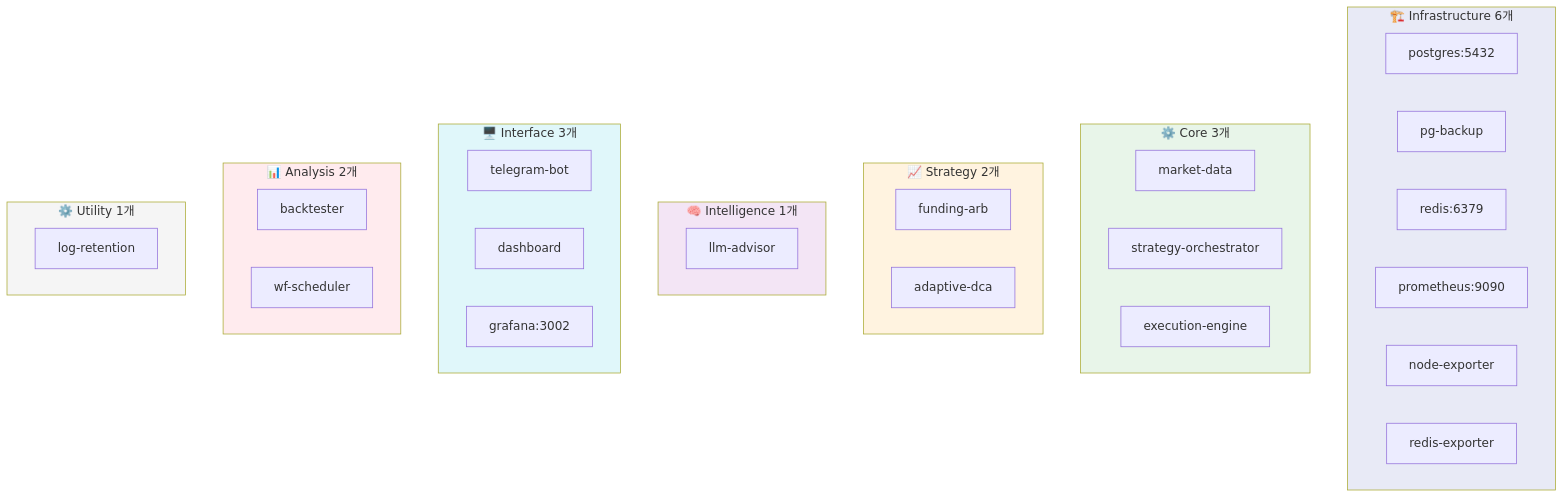
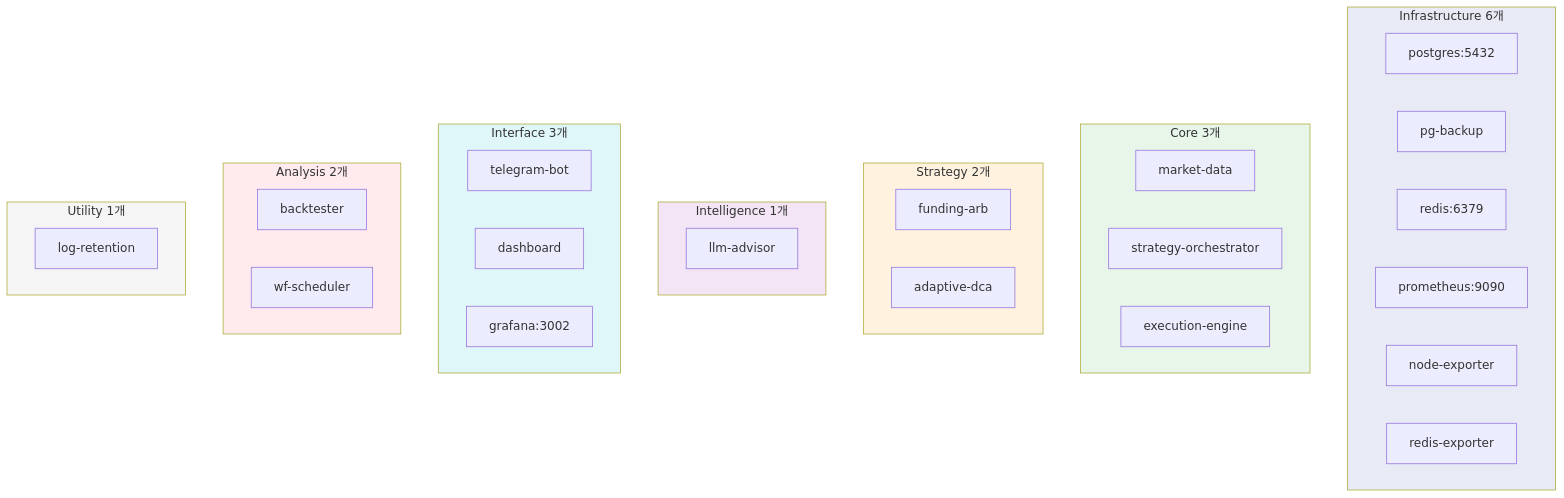
The first of 4 diagrams in cryptoengine/docs/architecture/deployment.md (Justant-source/Bit-Mania), drawn with Mermaid before and after one commit. The commit also changed other lines of this file and 25 other files, not shown here.

First line of the commit message:
fix(docs): repair Mermaid diagrams for GitHub rendering (30 files)

````diff
--- a/cryptoengine/docs/architecture/deployment.md
+++ b/cryptoengine/docs/architecture/deployment.md
@@ -28,49 +28,49 @@
 ```mermaid
 graph TB
-    subgraph infra["🏗️ Infrastructure 6개"]
+    subgraph infra["Infrastructure 6개"]
         postgres["postgres:5432"]
         pgbak["pg-backup"]
         redis["redis:6379"]
         prom["prometheus:9090"]
         nexp["node-exporter"]
         rexp["redis-exporter"]
     end
     
-    subgraph core["⚙️ Core 3개"]
+    subgraph core["Core 3개"]
         md["market-data"]
         orch["strategy-orchestrator"]
         exec["execution-engine"]
     end
     
-    subgraph strat["📈 Strategy 2개"]
+    subgraph strat["Strategy 2개"]
         fa["funding-arb"]
         dca["adaptive-dca"]
     end
     
-    subgraph intel["🧠 Intelligence 1개"]
+    subgraph intel["Intelligence 1개"]
         llm["llm-advisor"]
     end
     
-    subgraph iface["🖥️ Interface 3개"]
+    subgraph iface["Interface 3개"]
         tg["telegram-bot"]
         dash["dashboard"]
         graf["grafana:3002"]
     end
     
-    subgraph analysis["📊 Analysis 2개"]
+    subgraph analysis["Analysis 2개"]
         bt["backtester"]
         wf["wf-scheduler"]
     end
     
-    subgraph util["⚙️ Utility 1개"]
+    subgraph util["Utility 1개"]
         logret["log-retention"]
     end
     
     style infra fill:#E8EAF6
     style core fill:#E8F5E9
     style strat fill:#FFF3E0
     style intel fill:#F3E5F5
     style iface fill:#E0F7FA
     style analysis fill:#FFEBEE
     style util fill:#F5F5F5
 ```
````
